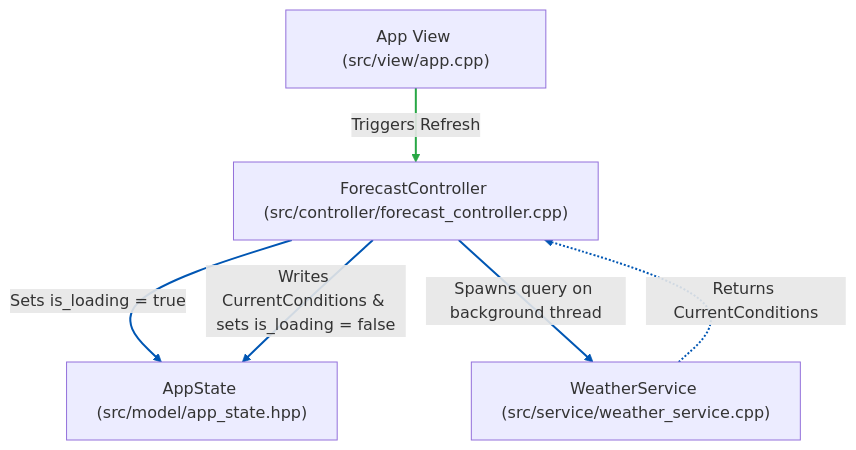
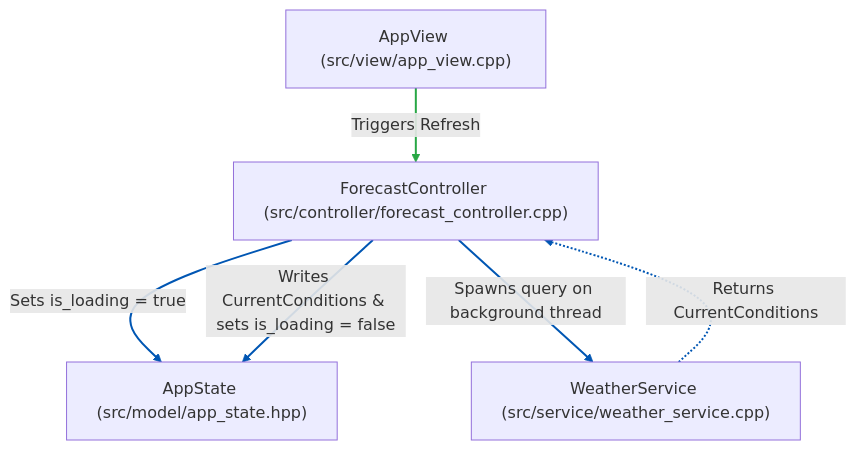
Before and after one commit to MallocNexus/weather_cli: the third of 7 diagrams in docs/separation-of-concerns.md, drawn with Mermaid. The commit also changed other lines of this file and 7 other files, not shown here.

Commit message:
refactor: Rename App class to AppView and update related references

````diff
--- a/docs/separation-of-concerns.md
+++ b/docs/separation-of-concerns.md
@@ -193,19 +193,19 @@
 ```mermaid
 graph TD
-    AppView["App View (src/view/app.cpp)"]
+    AppView["AppView (src/view/app_view.cpp)"]
     ForecastCtrl["ForecastController (src/controller/forecast_controller.cpp)"]
     State["AppState (src/model/app_state.hpp)"]
     WeatherServ["WeatherService (src/service/weather_service.cpp)"]
 
     AppView -->|"Triggers Refresh"| ForecastCtrl
     ForecastCtrl -->|"Sets is_loading = true"| State
     ForecastCtrl -->|"Spawns query on background thread"| WeatherServ
     WeatherServ -.->|"Returns CurrentConditions"| ForecastCtrl
     ForecastCtrl -->|"Writes CurrentConditions & sets is_loading = false"| State
 
     %% Style Event Green
     linkStyle 0 stroke:#28a745,stroke-width:2px;
 
     %% Style Other Flow Lines Darker Blue
     linkStyle 1,2,3,4 stroke:#0056b3,stroke-width:2px;
 ```
````
